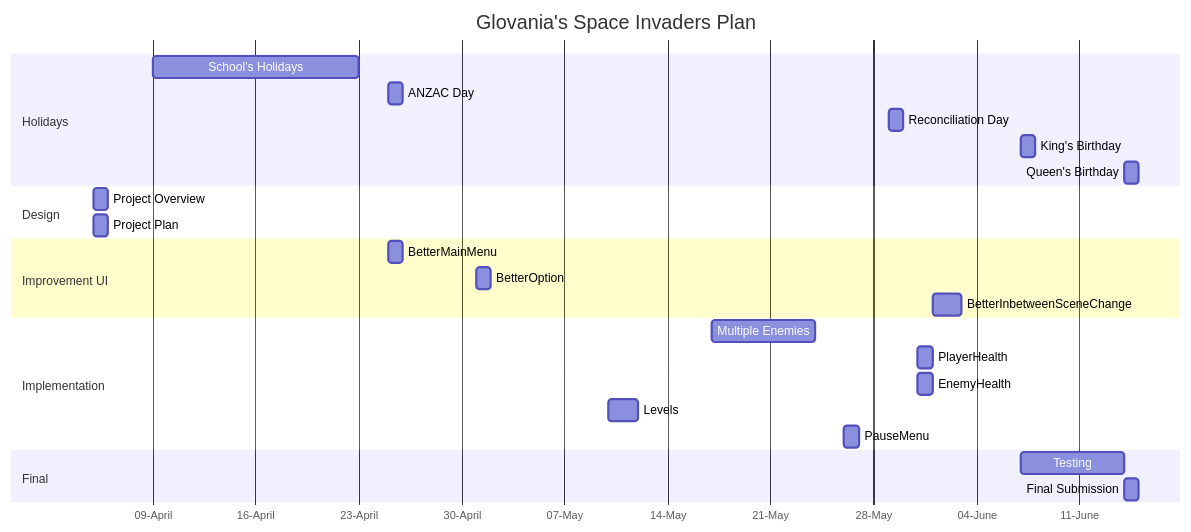
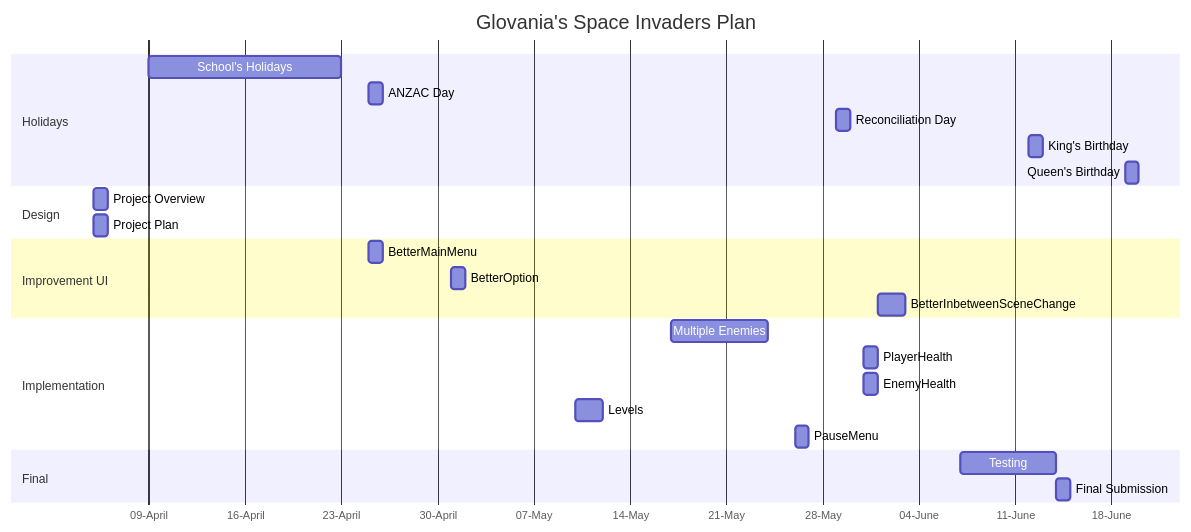
The second of 2 diagrams in Design.md (Glovania/Space-Invading), drawn with Mermaid before and after one commit.

Commit message:
📄 docs: Fix the date in "Planning Diagram"

````diff
--- a/Design.md
+++ b/Design.md
@@ -57,34 +57,34 @@
 ```mermaid
 gantt
     title Glovania's Space Invaders Plan
     dateFormat DD-MM-YYYY
     axisFormat %d-%B
     tickInterval 1week
 
     section Holidays
     School's Holidays: 09-04-2023, 14d
     ANZAC Day: 25-04-2023, 1d
     Reconciliation Day: 29-05-2023, 1d
-    King's Birthday: 07-06-2023, 1d
-    Queen's Birthday: 14-06-2023, 1d
+    King's Birthday: 12-06-2023, 1d
+    Queen's Birthday: 19-06-2023, 1d
 
     section Design
     Project Overview: 05-04-2023, 1d
     Project Plan: 05-04-2023, 1d
 
     section Improvement UI
     BetterMainMenu: 25-04-2023, 1d
     BetterOption: 01-05-2023, 1d
     BetterInbetweenSceneChange: 01-06-2023, 2d
 
     section Implementation
     Multiple Enemies: 17-05-2023, 7d
     PlayerHealth: 31-05-2023, 1d
     EnemyHealth: 31-05-2023, 1d
     Levels: 10-05-2023, 2d
     PauseMenu: 26-05-2023, 1d
 
     section Final
     Testing: 07-06-2023, 7d
     Final Submission: 14-06-2023, 1d
 ```
````
